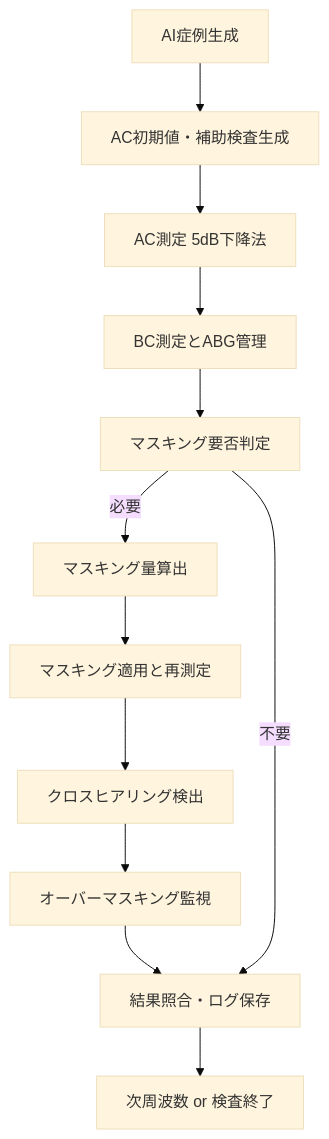
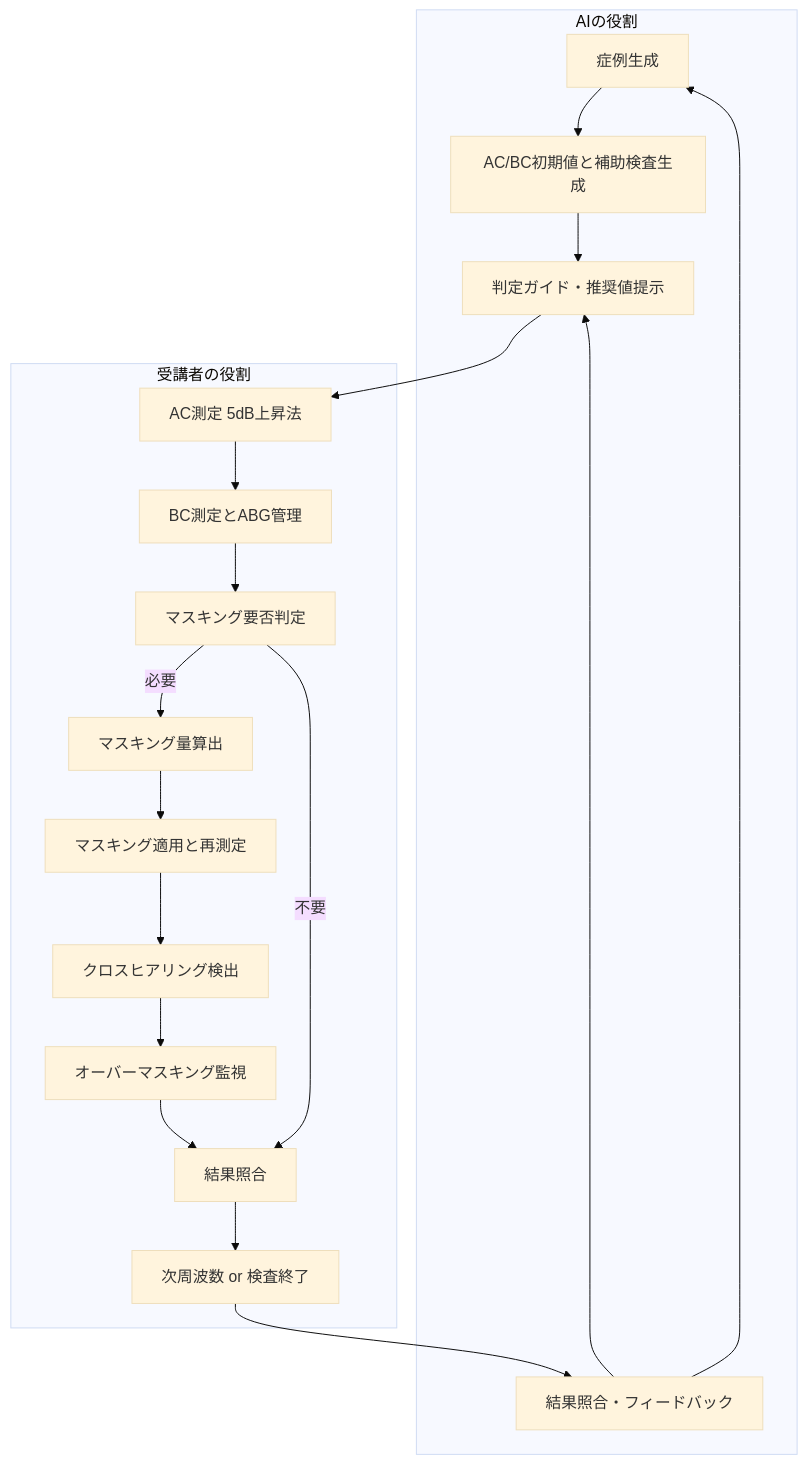
The diagram in HearSim_マスキング訓練プレゼン.md (HIdechan-Maeda/Audiogram-masking-training-ver.2), drawn with Mermaid (base theme) before and after one commit. The commit also changed other lines of this file and 1 other file, not shown here.

Commit message:
Clarify learner roles in masking workflow

````diff
--- a/HearSim_マスキング訓練プレゼン.md
+++ b/HearSim_マスキング訓練プレゼン.md
@@ -119,14 +119,24 @@
 ```mermaid
 flowchart TD
-  Start[AI症例生成] --> ACGen[AC初期値・補助検査生成]
-  ACGen --> ACMeasure[AC測定 5dB下降法]
-  ACMeasure --> BCMeasure[BC測定とABG管理]
-  BCMeasure --> MaskCheck[マスキング要否判定]
-  MaskCheck -->|必要| MaskCalc[マスキング量算出]
-  MaskCalc --> ApplyMask[マスキング適用と再測定]
-  ApplyMask --> CrossCheck[クロスヒアリング検出]
-  CrossCheck --> OverMask[オーバーマスキング監視]
-  OverMask --> ResultCheck[結果照合・ログ保存]
-  MaskCheck -->|不要| ResultCheck
-  ResultCheck --> Next[次周波数 or 検査終了]
+  subgraph AI[AIの役割]
+    Start[症例生成] --> ACGen[AC/BC初期値と補助検査生成]
+    ACGen --> Guidance[判定ガイド・推奨値提示]
+    Feedback[結果照合・フィードバック] --> Start
+  end
+
+  subgraph Learner[受講者の役割]
+    ACMeasure[AC測定 5dB上昇法] --> BCMeasure[BC測定とABG管理]
+    BCMeasure --> MaskCheck[マスキング要否判定]
+    MaskCheck -->|必要| MaskCalc[マスキング量算出]
+    MaskCalc --> ApplyMask[マスキング適用と再測定]
+    ApplyMask --> CrossCheck[クロスヒアリング検出]
+    CrossCheck --> OverMask[オーバーマスキング監視]
+    OverMask --> ResultCheck[結果照合]
+    MaskCheck -->|不要| ResultCheck
+    ResultCheck --> Next[次周波数 or 検査終了]
+    Next --> Feedback
+  end
+
+  Guidance --> ACMeasure
+  Feedback --> Guidance
 ```
````
